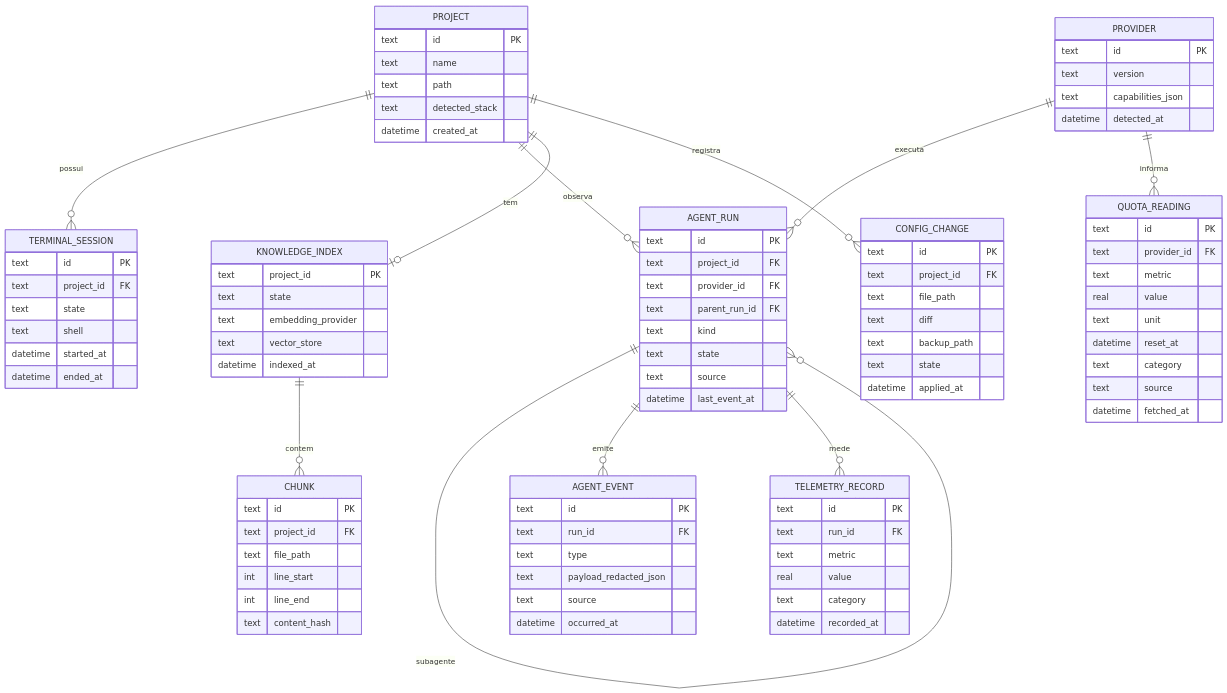
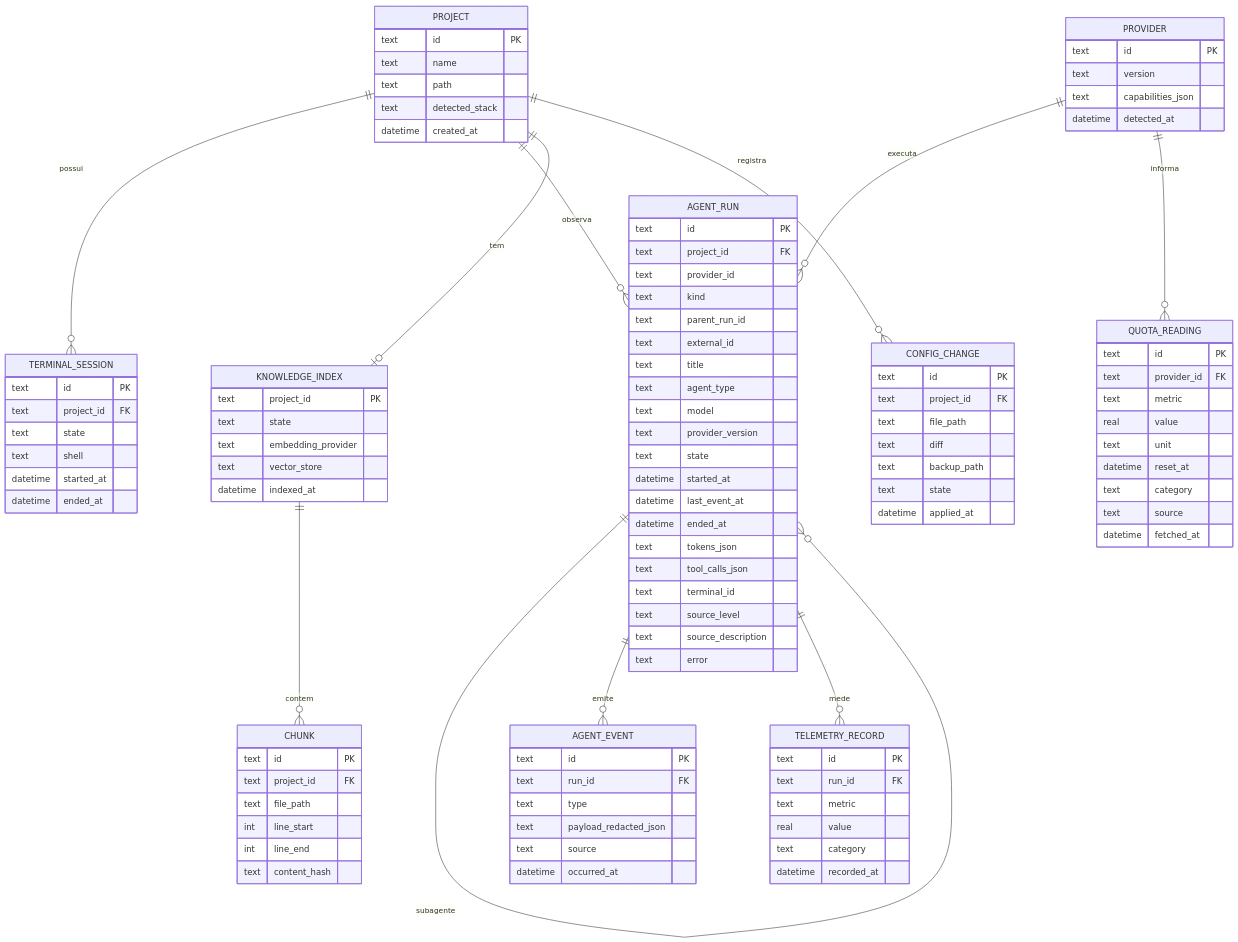
The diagram in vault/03_ARCHITECTURE/DATA_MODEL.md (daniilooo/dev-tools-ai-suite), drawn with Mermaid before and after one commit. The commit also changed other lines of this file and 15 other files, not shown here.

```diff
--- a/vault/03_ARCHITECTURE/DATA_MODEL.md
+++ b/vault/03_ARCHITECTURE/DATA_MODEL.md
@@ -36,12 +36,24 @@
     datetime detected_at }
   AGENT_RUN { text id PK
     text project_id FK
-    text provider_id FK
-    text parent_run_id FK
+    text provider_id
     text kind
+    text parent_run_id
+    text external_id
+    text title
+    text agent_type
+    text model
+    text provider_version
     text state
-    text source
-    datetime last_event_at }
+    datetime started_at
+    datetime last_event_at
+    datetime ended_at
+    text tokens_json
+    text tool_calls_json
+    text terminal_id
+    text source_level
+    text source_description
+    text error }
   AGENT_EVENT { text id PK
     text run_id FK
     text type
```
